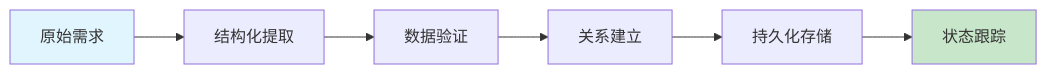
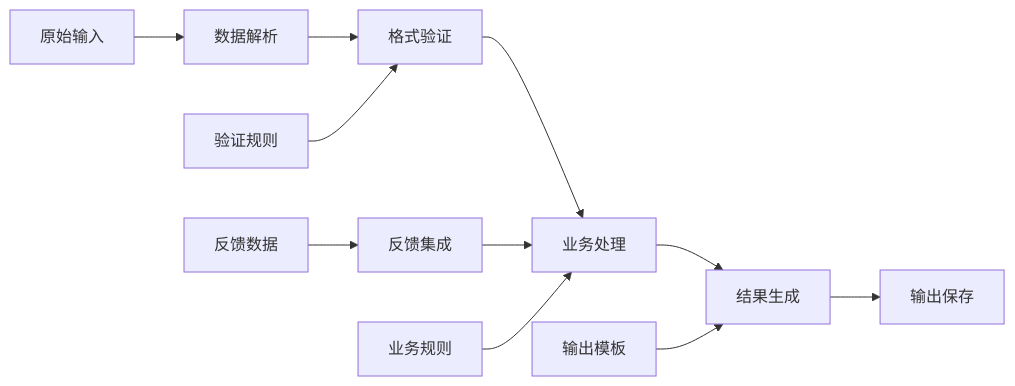
One commit to sopaco/cowork-forge changed the ninth of 9 diagrams in litho.docs/zh/3、工作流程.md. Above: the diagram before and after it, drawn with Mermaid. The commit also changed other lines of this file and 26 other files, not shown here.

````diff
--- a/litho.docs/zh/3、工作流程.md
+++ b/litho.docs/zh/3、工作流程.md
@@ -442,11 +571,15 @@
 ```mermaid
 graph LR
-    A[原始需求] --> B[结构化提取]
-    B --> C[数据验证]
-    C --> D[关系建立]
-    D --> E[持久化存储]
-    E --> F[状态跟踪]
+    A[原始输入] --> B[数据解析]
+    B --> C[格式验证]
+    C --> D[业务处理]
+    D --> E[结果生成]
+    E --> F[输出保存]
     
-    style A fill:#e1f5fe
-    style F fill:#c8e6c9
+    G[反馈数据] --> H[反馈集成]
+    H --> D
+    
+    I[验证规则] --> C
+    J[业务规则] --> D
+    K[输出模板] --> E
 ```
````
